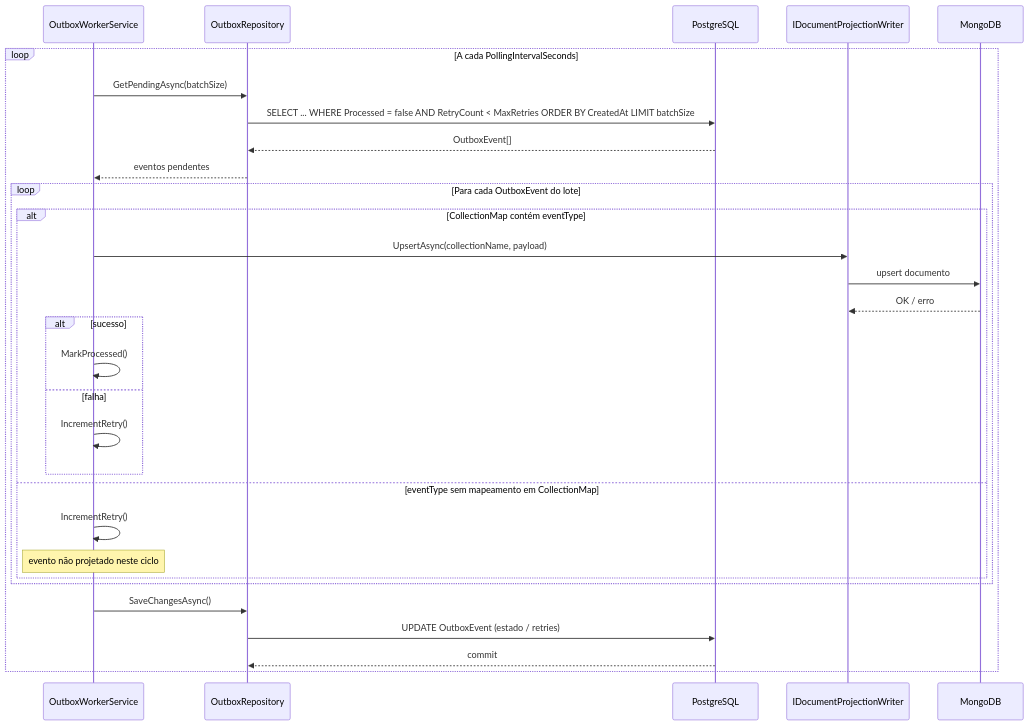
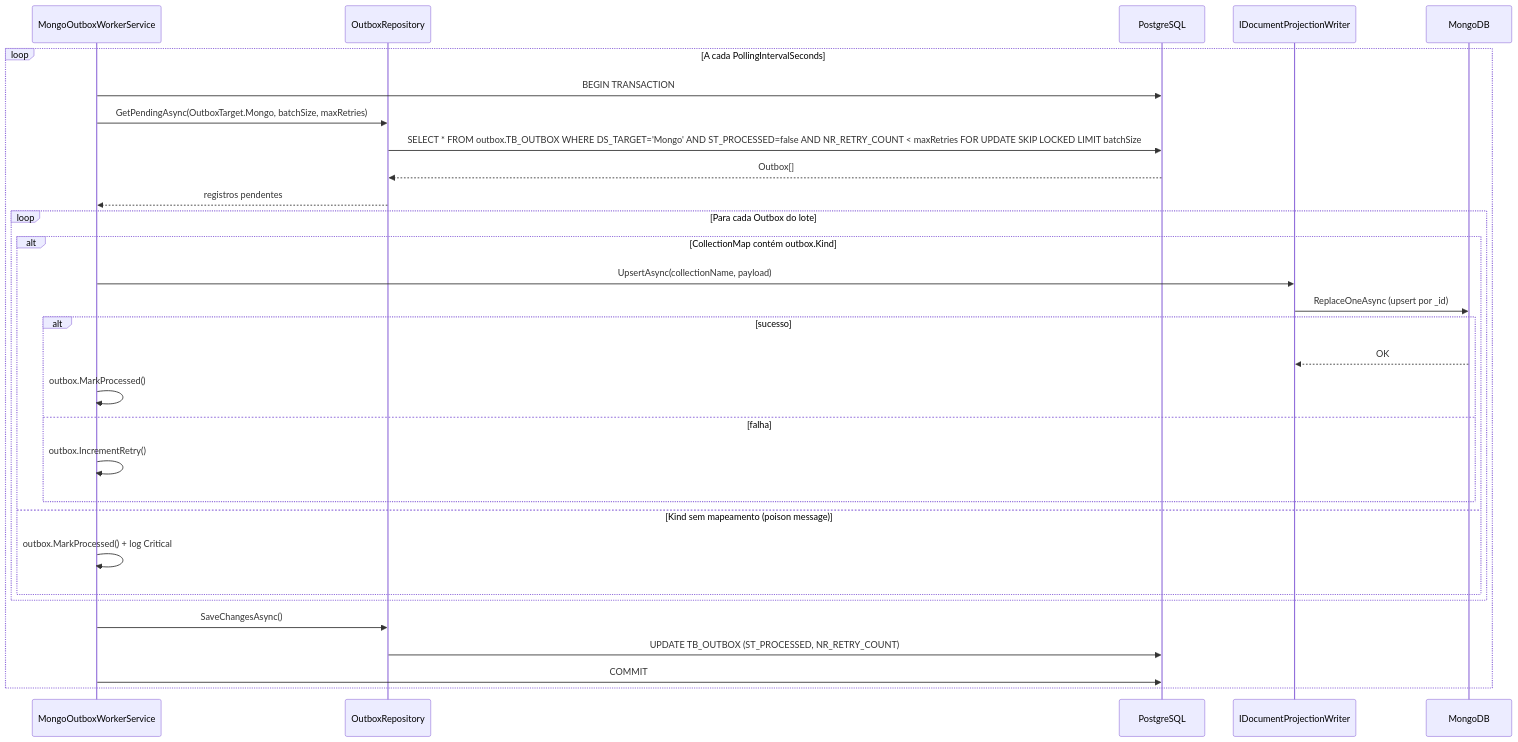
One commit to filipececcon/arch-challenge changed the second of 4 diagrams in docs/architecture/cashflow/layer-04-relational.md. Above: the diagram before and after it, drawn with Mermaid. The commit also changed other lines of this file and 38 other files, not shown here.

First line of the commit message:
Refactor Cashflow architecture docs for account aggregate and unified outbox

````diff
--- a/docs/architecture/cashflow/layer-04-relational.md
+++ b/docs/architecture/cashflow/layer-04-relational.md
@@ -127,35 +156,35 @@
 ```mermaid
 sequenceDiagram
-    participant Worker as OutboxWorkerService
+    participant Worker as MongoOutboxWorkerService
     participant Repo as OutboxRepository
     participant PG as PostgreSQL
     participant Writer as IDocumentProjectionWriter
     participant Mongo as MongoDB
 
     loop A cada PollingIntervalSeconds
-        Worker->>Repo: GetPendingAsync(batchSize)
-        Repo->>PG: SELECT ... WHERE Processed = false AND RetryCount < MaxRetries ORDER BY CreatedAt LIMIT batchSize
-        PG-->>Repo: OutboxEvent[]
-        Repo-->>Worker: eventos pendentes
+        Worker->>PG: BEGIN TRANSACTION
+        Worker->>Repo: GetPendingAsync(OutboxTarget.Mongo, batchSize, maxRetries)
+        Repo->>PG: SELECT * FROM outbox.TB_OUTBOX WHERE DS_TARGET='Mongo' AND ST_PROCESSED=false AND NR_RETRY_COUNT < maxRetries FOR UPDATE SKIP LOCKED LIMIT batchSize
+        PG-->>Repo: Outbox[]
+        Repo-->>Worker: registros pendentes
 
-        loop Para cada OutboxEvent do lote
-            alt CollectionMap contém eventType
+        loop Para cada Outbox do lote
+            alt CollectionMap contém outbox.Kind
                 Worker->>Writer: UpsertAsync(collectionName, payload)
-                Writer->>Mongo: upsert documento
-                Mongo-->>Writer: OK / erro
+                Writer->>Mongo: ReplaceOneAsync (upsert por _id)
                 alt sucesso
-                    Worker->>Worker: MarkProcessed()
+                    Mongo-->>Writer: OK
+                    Worker->>Worker: outbox.MarkProcessed()
                 else falha
-                    Worker->>Worker: IncrementRetry()
+                    Worker->>Worker: outbox.IncrementRetry()
                 end
-            else eventType sem mapeamento em CollectionMap
-                Worker->>Worker: IncrementRetry()
-                Note over Worker: evento não projetado neste ciclo
+            else Kind sem mapeamento (poison message)
+                Worker->>Worker: outbox.MarkProcessed() + log Critical
             end
         end
 
         Worker->>Repo: SaveChangesAsync()
-        Repo->>PG: UPDATE OutboxEvent (estado / retries)
-        PG-->>Repo: commit
+        Repo->>PG: UPDATE TB_OUTBOX (ST_PROCESSED, NR_RETRY_COUNT)
+        Worker->>PG: COMMIT
     end
 ```
````
